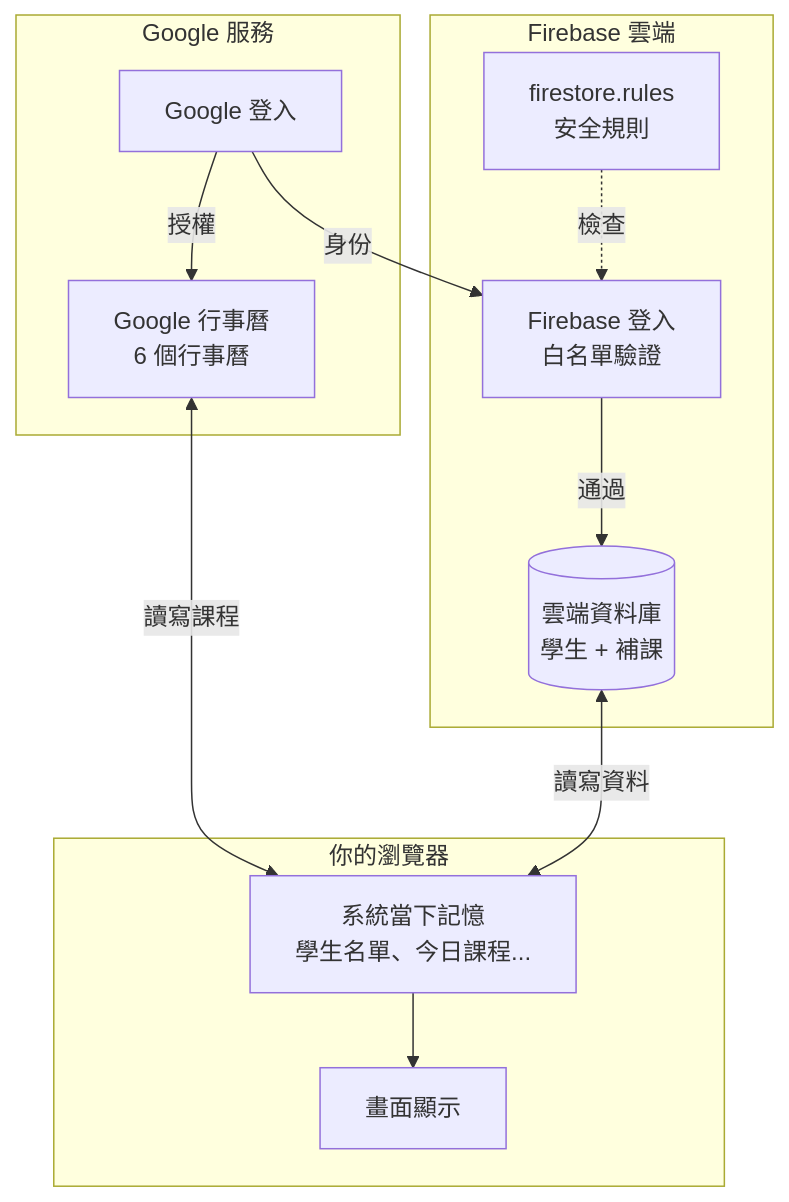
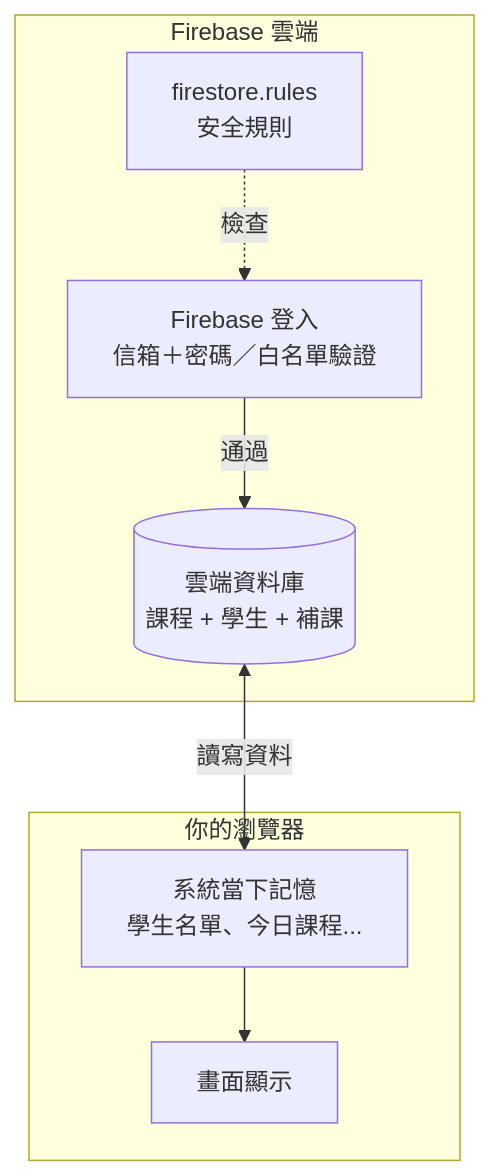
One commit to jyunz47/hobe-system changed the first of 7 diagrams in mds/系統地圖.md. Above: the diagram before and after it, drawn with Mermaid. The commit also changed other lines of this file and 23 other files, not shown here.

````diff
--- a/mds/系統地圖.md
+++ b/mds/系統地圖.md
@@ -14,26 +14,18 @@
 ```mermaid
 graph TB
     subgraph browser [你的瀏覽器]
         UI["畫面顯示"]
         AppState["系統當下記憶<br>學生名單、今日課程..."]
     end
 
-    subgraph google [Google 服務]
-        Calendar["Google 行事曆<br>6 個行事曆"]
-        OAuth["Google 登入"]
-    end
-
     subgraph firebase [Firebase 雲端]
-        Auth["Firebase 登入<br>白名單驗證"]
-        Firestore[("雲端資料庫<br>學生 + 補課")]
+        Auth["Firebase 登入<br>信箱＋密碼／白名單驗證"]
+        Firestore[("雲端資料庫<br>課程 + 學生 + 補課")]
         Rules["firestore.rules<br>安全規則"]
     end
 
-    OAuth -->|授權| Calendar
-    OAuth -->|身份| Auth
     Rules -.檢查.-> Auth
     Auth -->|通過| Firestore
-    Calendar <-->|讀寫課程| AppState
     Firestore <-->|讀寫資料| AppState
     AppState --> UI
 ```
````
